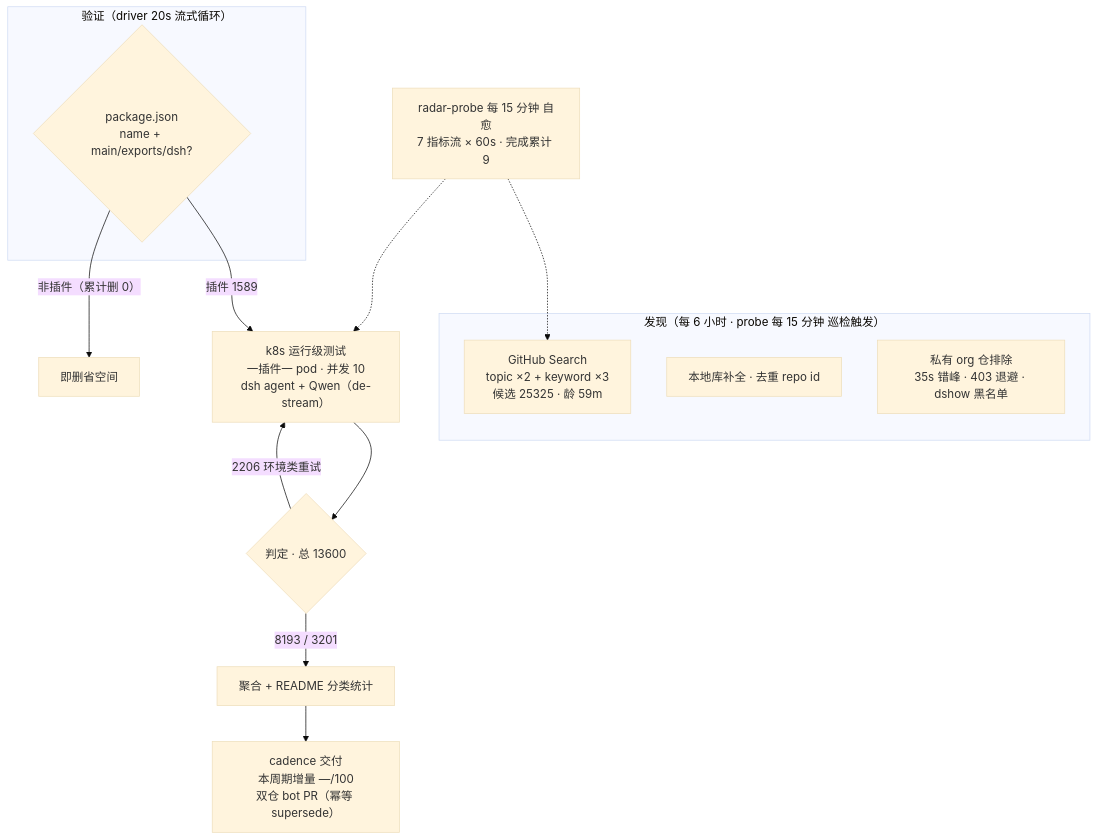
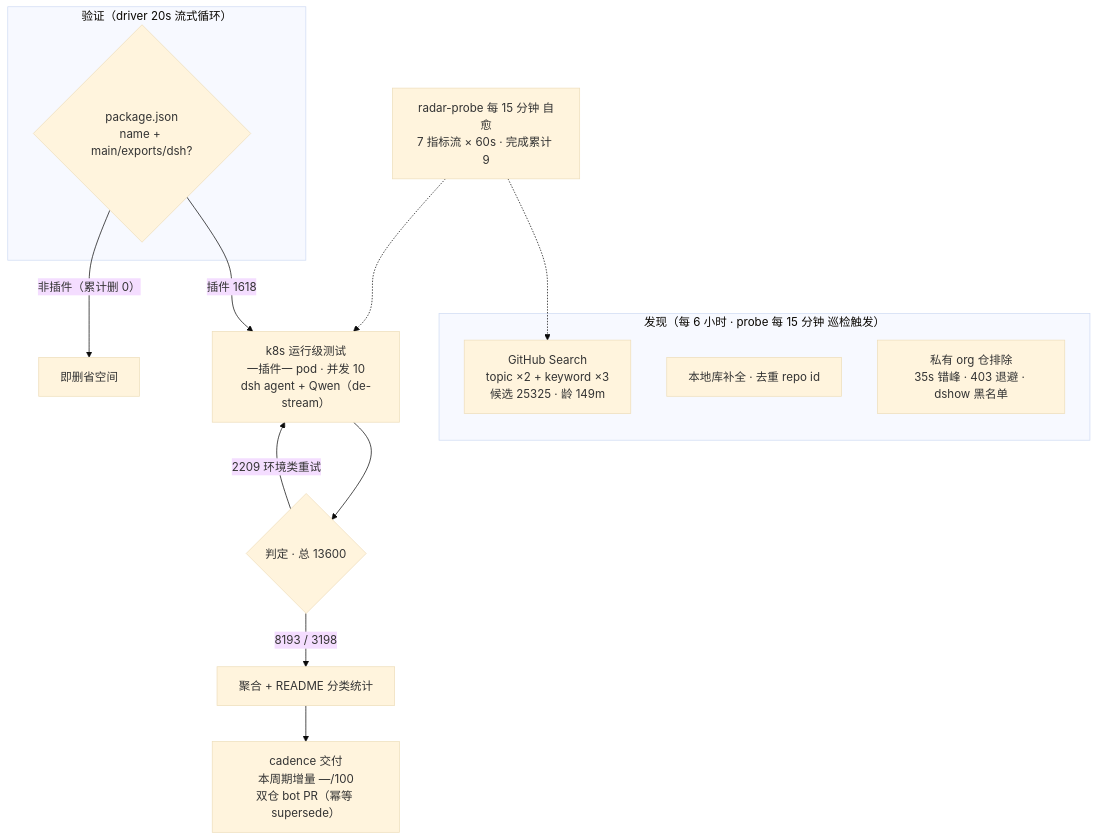
Before and after one commit to Zhidao-Lab-OSS/awesome-dsh-plugins: the diagram in README.md, drawn with Mermaid (base theme). The commit also changed other lines of this file and 1 other file, not shown here.

````diff
--- a/README.md
+++ b/README.md
@@ -99,20 +99,20 @@
 ```mermaid
 flowchart TB
     subgraph Discovery["发现（每 6 小时 · probe 每 15 分钟 巡检触发）"]
-        A1["GitHub Search<br/>topic ×2 + keyword ×3<br/>候选 25325 · 龄 59m"]
+        A1["GitHub Search<br/>topic ×2 + keyword ×3<br/>候选 25325 · 龄 149m"]
         A2["本地库补全 · 去重 repo id"]
         A3["私有 org 仓排除<br/>35s 错峰 · 403 退避 · dshow 黑名单"]
     end
     subgraph Validation["验证（driver 20s 流式循环）"]
         B1{"package.json<br/>name + main/exports/dsh?"}
     end
-    B1 -->|"插件 1589"| C1["k8s 运行级测试<br/>一插件一 pod · 并发 10<br/>dsh agent + Qwen（de-stream）"]
+    B1 -->|"插件 1618"| C1["k8s 运行级测试<br/>一插件一 pod · 并发 10<br/>dsh agent + Qwen（de-stream）"]
     B1 -->|"非插件（累计删 0）"| B3["即删省空间"]
     C1 --> D1{"判定 · 总 13600"}
-    D1 -->|"8193 / 3201"| E1["聚合 + README 分类统计"]
-    D1 -->|"2206 环境类重试"| C1
+    D1 -->|"8193 / 3198"| E1["聚合 + README 分类统计"]
+    D1 -->|"2209 环境类重试"| C1
     E1 --> E2["cadence 交付<br/>本周期增量 —/100<br/>双仓 bot PR（幂等 supersede）"]
     M["radar-probe 每 15 分钟 自愈<br/>7 指标流 × 60s · 完成累计 9"]
     M -.-> A1
     M -.-> C1
 ```
````
